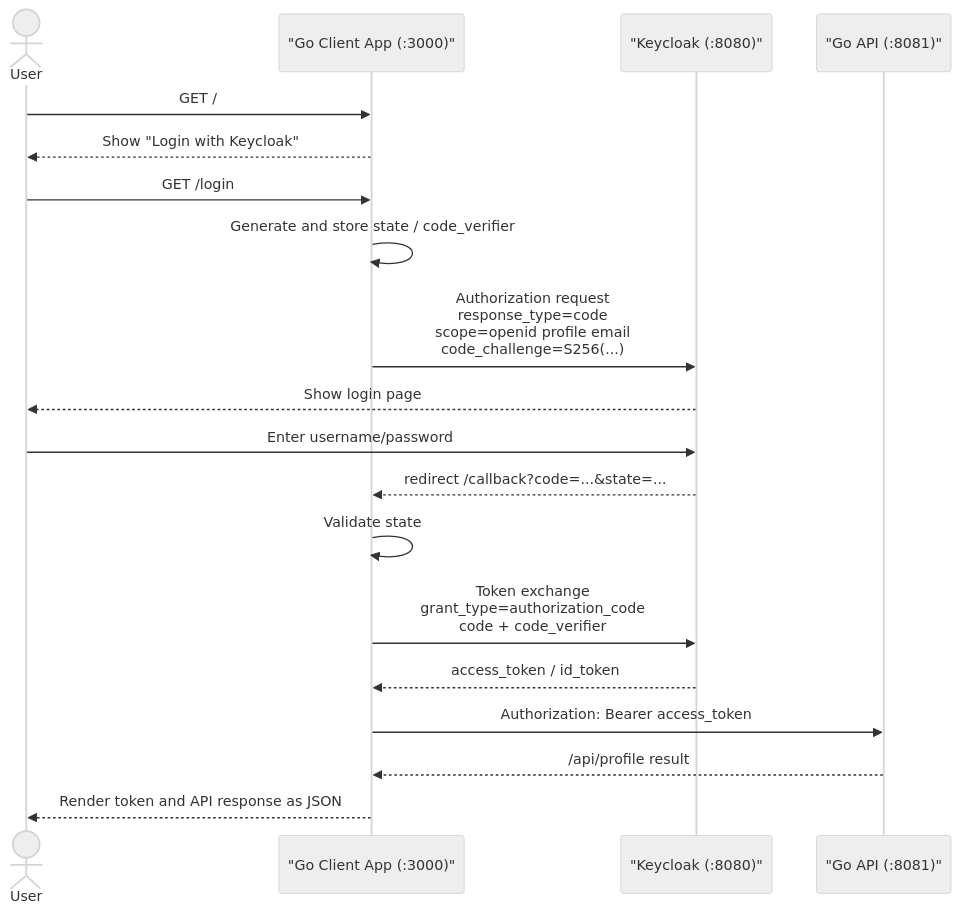
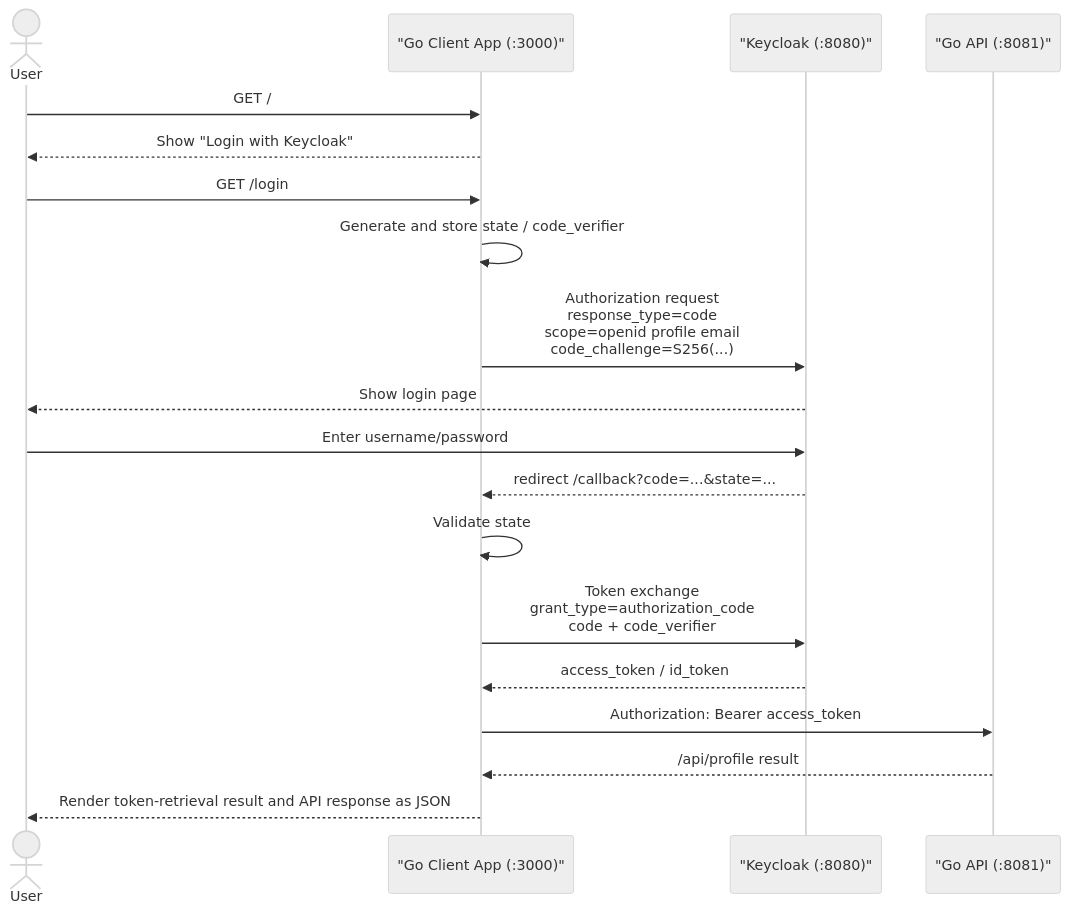
Before and after one commit to sokoide/workshop: the fourth of 4 diagrams in infra/oauth2_en.md, drawn with Mermaid (neutral theme). The commit also changed other lines of this file and 29 other files, not shown here.

````diff
--- a/infra/oauth2_en.md
+++ b/infra/oauth2_en.md
@@ -371,22 +371,22 @@
 ```mermaid
 sequenceDiagram
     actor U as User
     participant C as "Go Client App (:3000)"
     participant K as "Keycloak (:8080)"
     participant A as "Go API (:8081)"
 
     U->>C: GET /
     C-->>U: Show "Login with Keycloak"
     U->>C: GET /login
     C->>C: Generate and store state / code_verifier
     C->>K: Authorization request<br/>response_type=code<br/>scope=openid profile email<br/>code_challenge=S256(...)
     K-->>U: Show login page
     U->>K: Enter username/password
     K-->>C: redirect /callback?code=...&state=...
     C->>C: Validate state
     C->>K: Token exchange<br/>grant_type=authorization_code<br/>code + code_verifier
     K-->>C: access_token / id_token
     C->>A: Authorization: Bearer access_token
     A-->>C: /api/profile result
-    C-->>U: Render token and API response as JSON
+    C-->>U: Render token-retrieval result and API response as JSON
 ```
````
